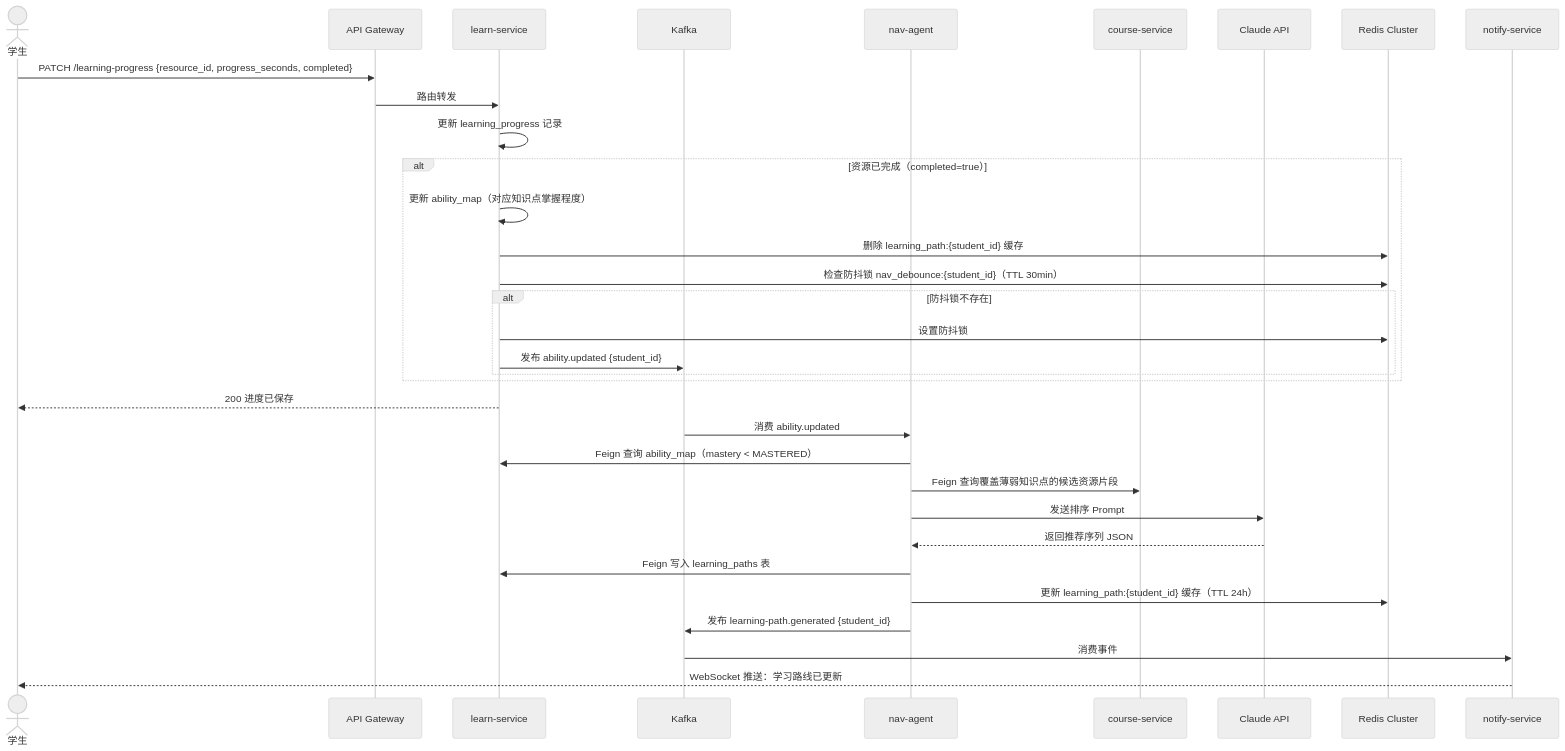
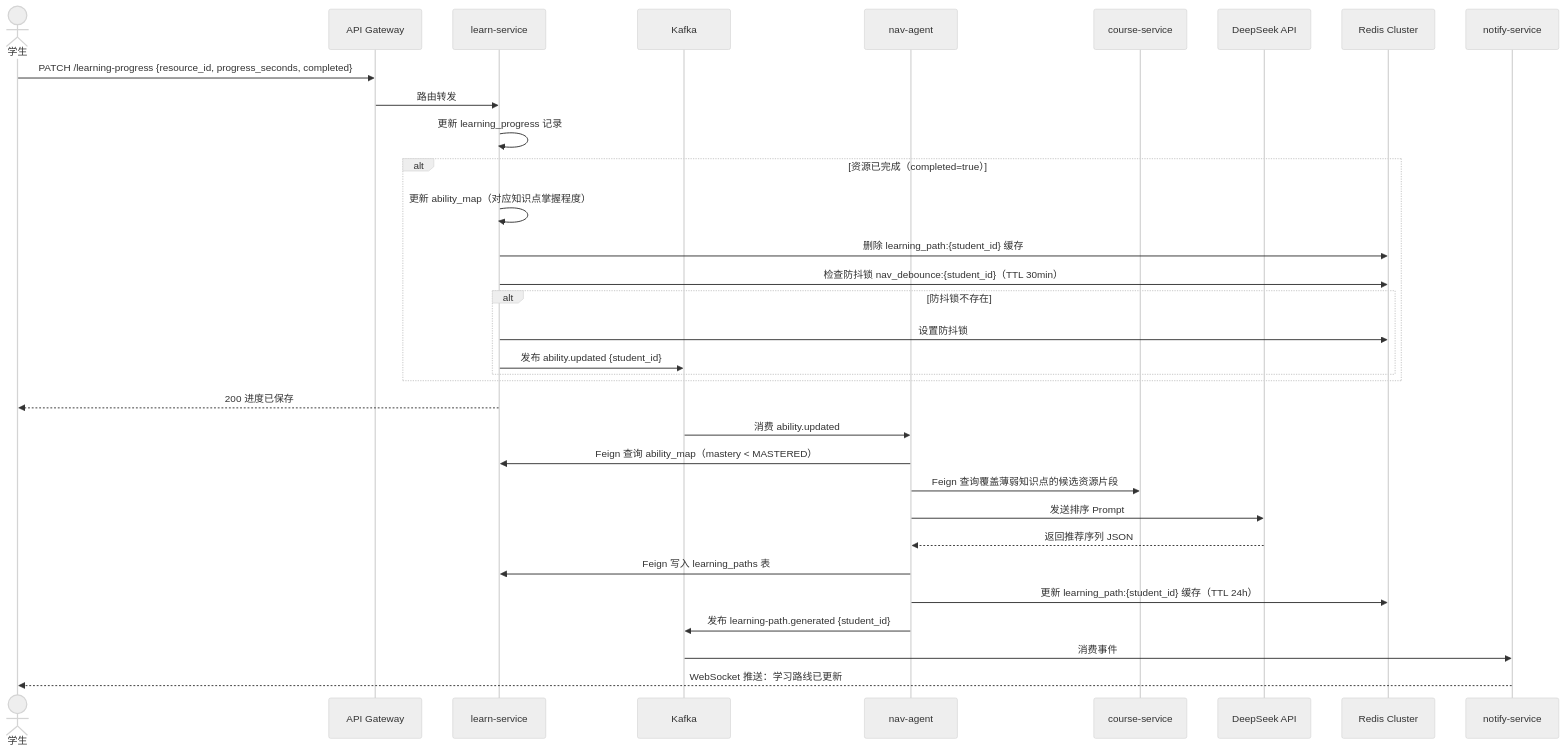
One commit to xice-1201/CloudTeachingAI changed diagram 20 of 23 in docs/design/SDD-CloudTeachingAI.md. Above: the diagram before and after it, drawn with Mermaid (neutral theme). The commit also changed other lines of this file and 6 other files, not shown here.

````diff
--- a/docs/design/SDD-CloudTeachingAI.md
+++ b/docs/design/SDD-CloudTeachingAI.md
@@ -1635,38 +1637,38 @@
 ```mermaid
 sequenceDiagram
     actor Student as 学生
     participant GW as API Gateway
     participant Learn as learn-service
     participant Kafka as Kafka
     participant NavAgent as nav-agent
     participant Course as course-service
-    participant Claude as Claude API
+    participant DeepSeek as DeepSeek API
     participant Redis as Redis Cluster
     participant Notify as notify-service
 
     Student->>GW: PATCH /learning-progress {resource_id, progress_seconds, completed}
     GW->>Learn: 路由转发
     Learn->>Learn: 更新 learning_progress 记录
     alt 资源已完成（completed=true）
         Learn->>Learn: 更新 ability_map（对应知识点掌握程度）
         Learn->>Redis: 删除 learning_path:{student_id} 缓存
         Learn->>Redis: 检查防抖锁 nav_debounce:{student_id}（TTL 30min）
         alt 防抖锁不存在
             Learn->>Redis: 设置防抖锁
             Learn->>Kafka: 发布 ability.updated {student_id}
         end
     end
     Learn-->>Student: 200 进度已保存
 
     Kafka->>NavAgent: 消费 ability.updated
     NavAgent->>Learn: Feign 查询 ability_map（mastery < MASTERED）
     NavAgent->>Course: Feign 查询覆盖薄弱知识点的候选资源片段
-    NavAgent->>Claude: 发送排序 Prompt
-    Claude-->>NavAgent: 返回推荐序列 JSON
+    NavAgent->>DeepSeek: 发送排序 Prompt
+    DeepSeek-->>NavAgent: 返回推荐序列 JSON
     NavAgent->>Learn: Feign 写入 learning_paths 表
     NavAgent->>Redis: 更新 learning_path:{student_id} 缓存（TTL 24h）
     NavAgent->>Kafka: 发布 learning-path.generated {student_id}
 
     Kafka->>Notify: 消费事件
     Notify-->>Student: WebSocket 推送：学习路线已更新
 ```
````
